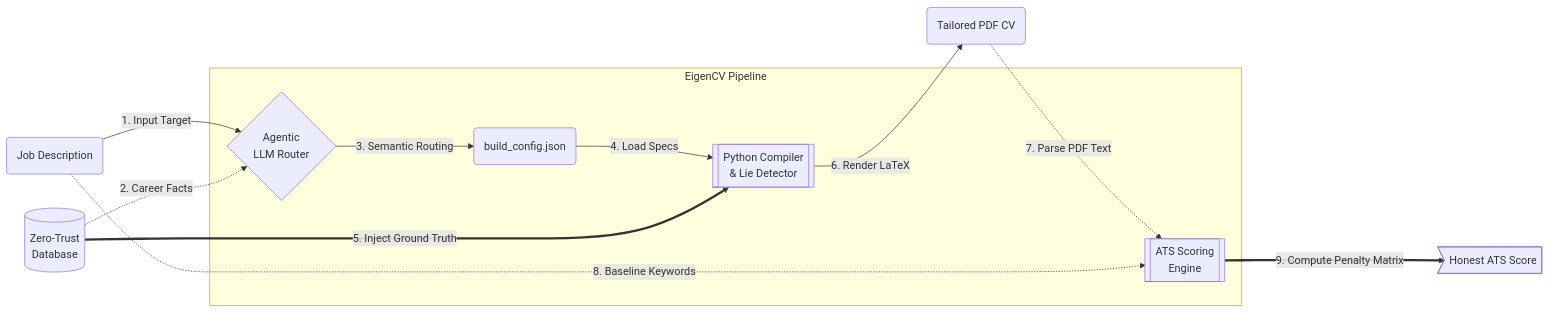
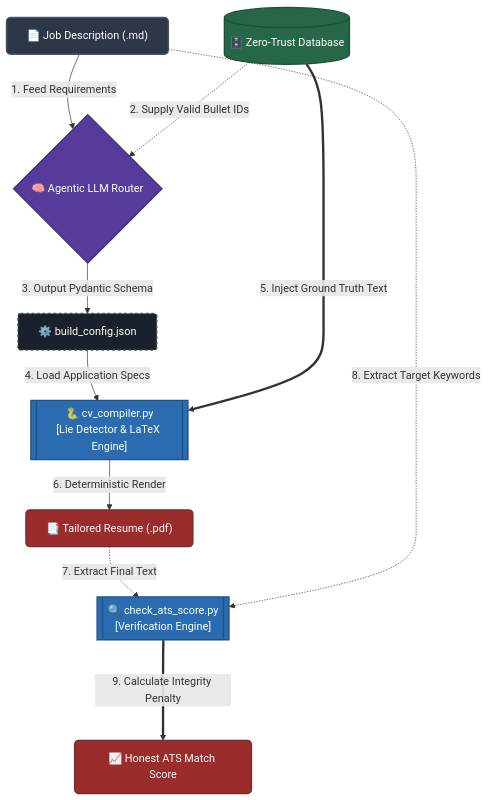
The diagram in README.md (Gotili/EigenCV), drawn with Mermaid before and after one commit.

Commit message:
another round of readme polishing

````diff
--- a/README.md
+++ b/README.md
@@ -96,32 +96,38 @@
 ```mermaid
-flowchart LR
-    %% Inputs
-    JD(Job Description)
-    DB[(Zero-Trust\nDatabase)]
+flowchart TD
+    %% Professional Theme (Dark & Light Mode Compatible)
+    classDef input fill:#2d3748,stroke:#4a5568,stroke-width:2px,color:#ffffff,rx:6px,ry:6px
+    classDef database fill:#276749,stroke:#1e4e38,stroke-width:2px,color:#ffffff,rx:15px,ry:15px
+    classDef ai fill:#553c9a,stroke:#44337a,stroke-width:2px,color:#ffffff,rx:6px,ry:6px
+    classDef script fill:#2b6cb0,stroke:#215285,stroke-width:2px,color:#ffffff,rx:6px,ry:6px
+    classDef artifact fill:#1a202c,stroke:#4a5568,stroke-width:2px,stroke-dasharray: 4 4,color:#ffffff,rx:4px,ry:4px
+    classDef final fill:#9b2c2c,stroke:#742a2a,stroke-width:2px,color:#ffffff,rx:6px,ry:6px
+
+    %% Architecture Nodes
+    JD["📄 Job Description (.md)"]:::input
+    DB[("🗄️ Zero-Trust Database")]:::database
+
+    Agent{"🧠 Agentic LLM Router"}:::ai
+    Config["⚙️ build_config.json"]:::artifact
+
+    Compiler[["🐍 cv_compiler.py\n[Lie Detector & LaTeX Engine]"]]:::script
+    PDF["📑 Tailored Resume (.pdf)"]:::final
+
+    ATS[["🔍 check_ats_score.py\n[Verification Engine]"]]:::script
+    Score["📈 Honest ATS Match Score"]:::final
+
+    %% Flow Connections
+    JD -->|1. Feed Requirements| Agent
+    DB -.->|2. Supply Valid Bullet IDs| Agent
     
-    %% Engine
-    subgraph "EigenCV Pipeline"
-        Router{Agentic\nLLM Router}
-        Config(build_config.json)
-        Compiler[[Python Compiler\n& Lie Detector]]
-        ATS[[ATS Scoring\nEngine]]
-    end
-
-    %% Outputs
-    PDF(Tailored PDF CV)
-    Score>Honest ATS Score]
-
-    %% Connections
-    JD -->|"1. Input Target"| Router
-    DB -.->|"2. Career Facts"| Router
+    Agent -->|3. Output Pydantic Schema| Config
     
-    Router -->|"3. Semantic Routing"| Config
-    Config -->|"4. Load Specs"| Compiler
-    DB ===>|"5. Inject Ground Truth"| Compiler
+    Config -->|4. Load Application Specs| Compiler
+    DB ===>|5. Inject Ground Truth Text| Compiler
     
-    Compiler -->|"6. Render LaTeX"| PDF
+    Compiler -->|6. Deterministic Render| PDF
     
-    PDF -.->|"7. Parse PDF Text"| ATS
-    JD -.->|"8. Baseline Keywords"| ATS
-    ATS ===>|"9. Compute Penalty Matrix"| Score
+    PDF -.->|7. Extract Final Text| ATS
+    JD -.->|8. Extract Target Keywords| ATS
+    ATS ===>|9. Calculate Integrity Penalty| Score
 ```
````
